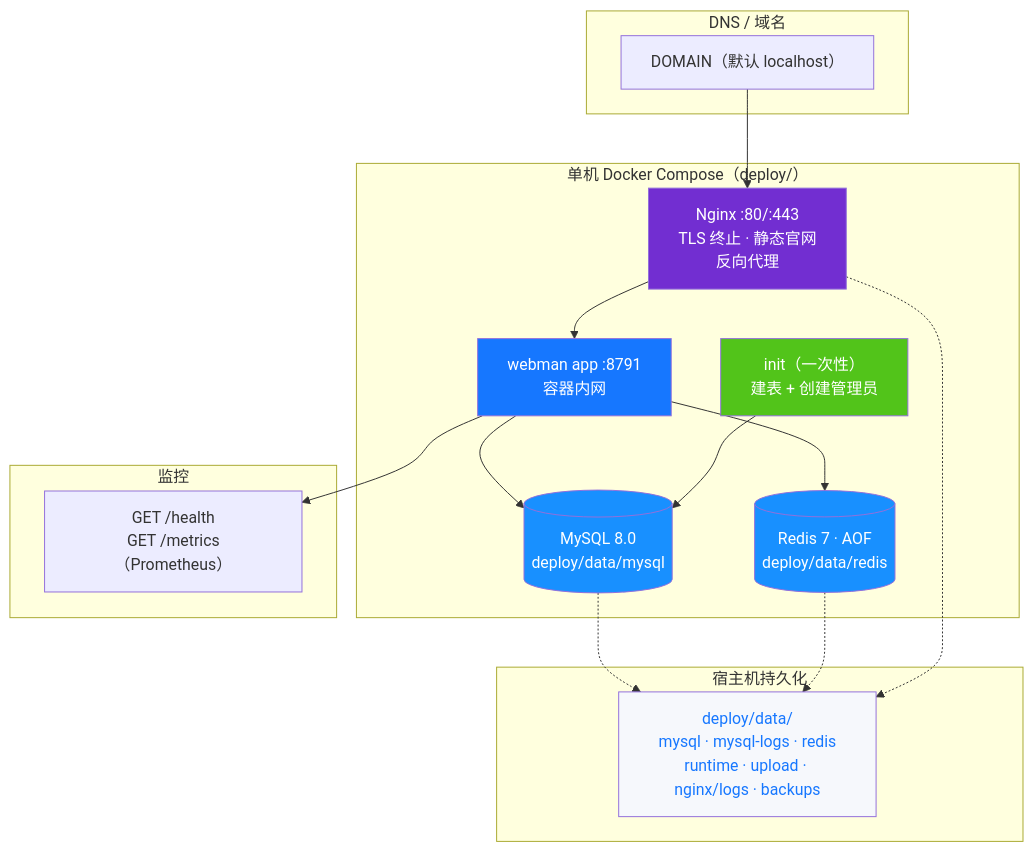
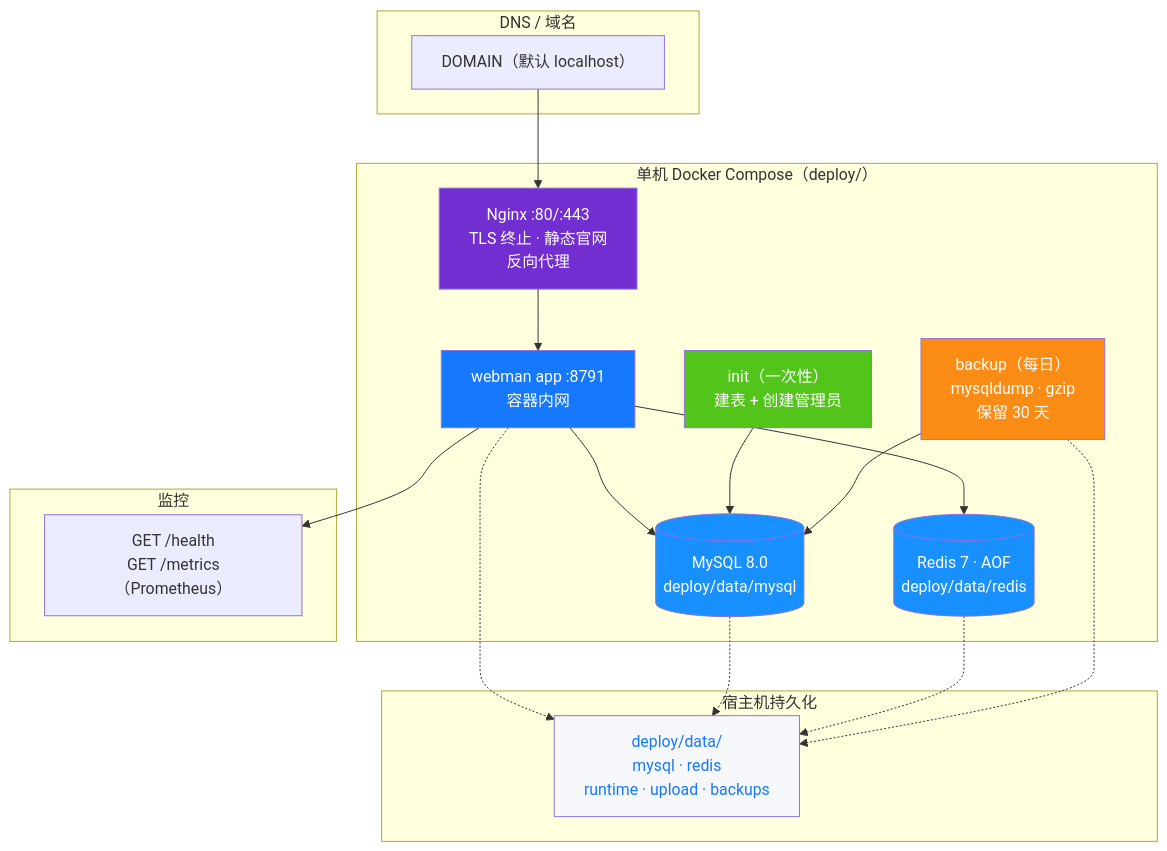
The diagram in docs/diagrams/12-deployment.md (erikwang2013/open-admin), drawn with Mermaid before and after one commit. The commit also changed 49 other files, not shown here.

````diff
--- a/docs/diagrams/12-deployment.md
+++ b/docs/diagrams/12-deployment.md
@@ -3,39 +3,43 @@
 ```mermaid
 flowchart TB
     subgraph dns["DNS / 域名"]
         domain["DOMAIN（默认 localhost）"]
     end
 
     subgraph host["单机 Docker Compose（deploy/）"]
         nginx["Nginx :80/:443<br/>TLS 终止 · 静态官网<br/>反向代理"]
         bootstrap["init（一次性）<br/>建表 + 创建管理员"]
         wm["webman app :8791<br/>容器内网"]
         mysql[("MySQL 8.0<br/>deploy/data/mysql")]
         redis[("Redis 7 · AOF<br/>deploy/data/redis")]
+        backup["backup（每日）<br/>mysqldump · gzip<br/>保留 30 天"]
     end
 
     subgraph persist["宿主机持久化"]
-        data["deploy/data/<br/>mysql · mysql-logs · redis<br/>runtime · upload · nginx/logs · backups"]
+        data["deploy/data/<br/>mysql · redis<br/>runtime · upload · backups"]
     end
 
     subgraph monitor["监控"]
         health["GET /health<br/>GET /metrics（Prometheus）"]
     end
 
     domain --> nginx
     nginx --> wm
     wm --> mysql
     wm --> redis
     bootstrap --> mysql
+    backup --> mysql
+    wm -.-> data
     mysql -.-> data
     redis -.-> data
-    nginx -.-> data
+    backup -.-> data
     wm --> health
 
     style nginx fill:#722ED1,color:#fff
     style bootstrap fill:#52C41A,color:#fff
     style wm fill:#1677FF,color:#fff
     style mysql fill:#1890FF,color:#fff
     style redis fill:#1890FF,color:#fff
+    style backup fill:#FA8C16,color:#fff
     style data fill:#F6F8FC,color:#1677FF
 ```
````
